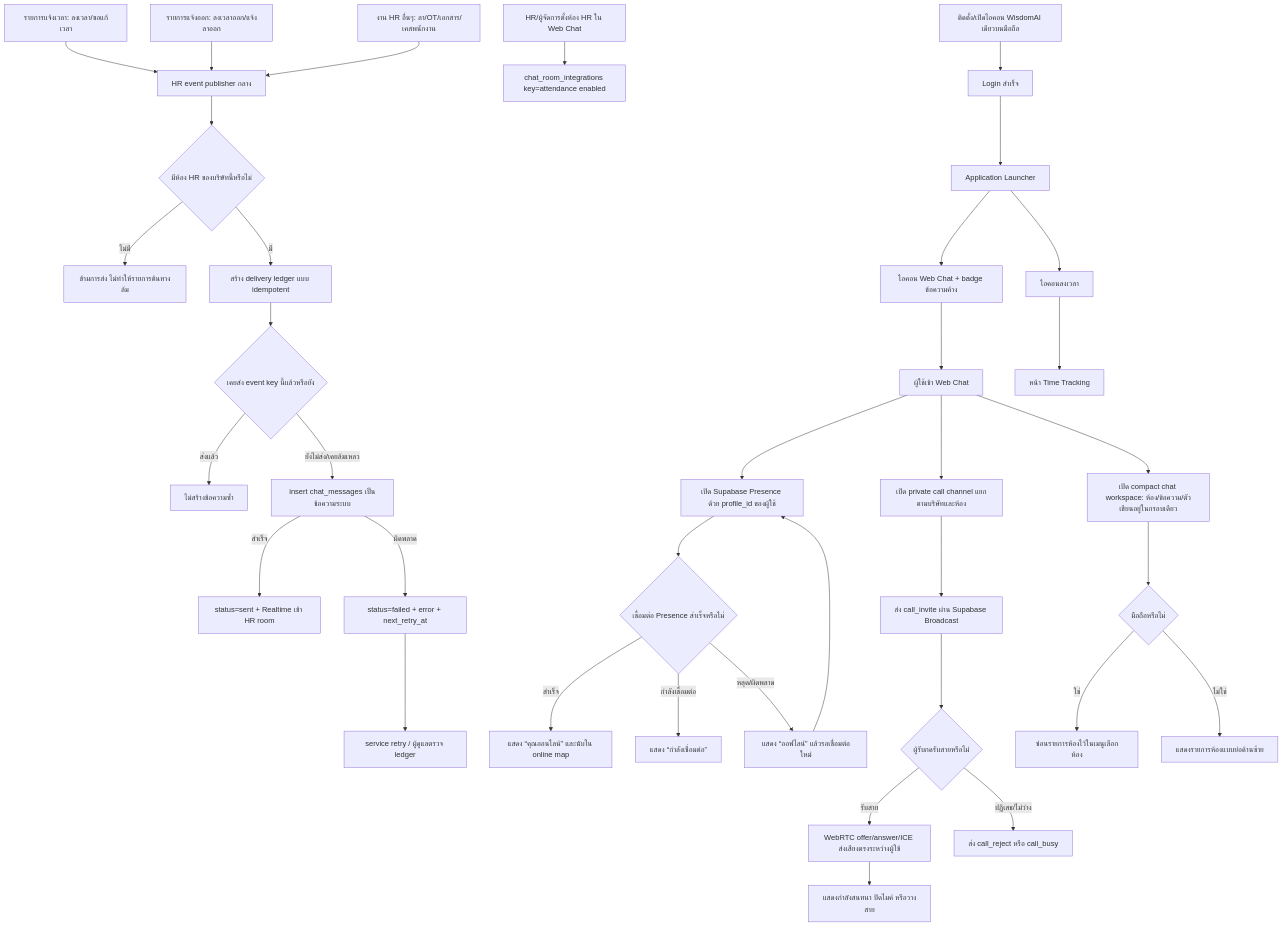
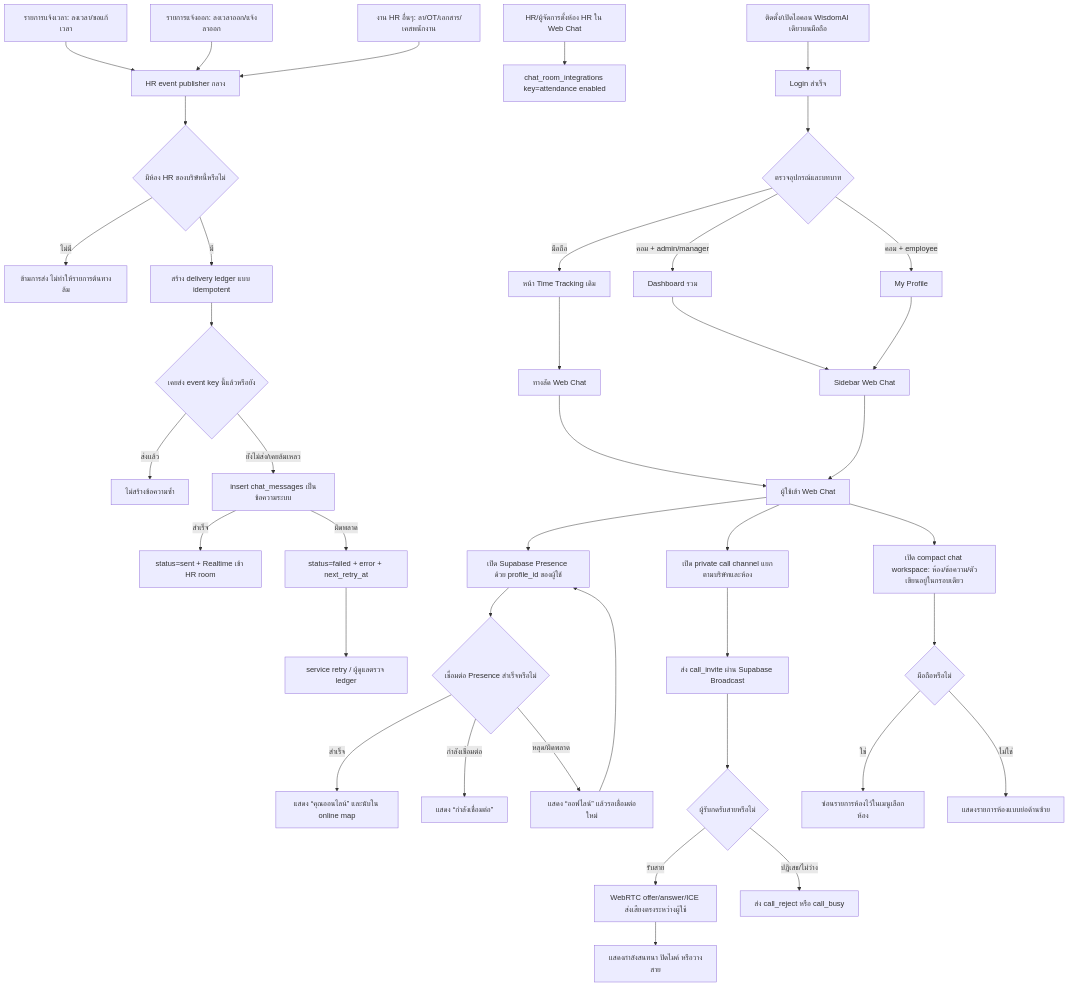
Before and after one commit to paramonjong-afk/WisdomAI: the first of 10 diagrams in docs/CHAT_ATTENDANCE_BRIDGE_FLOW.md, drawn with Mermaid. The commit also changed other lines of this file and 18 other files, not shown here.

Commit message:
fix: sync web chat attachment flow across hosts

````diff
--- a/docs/CHAT_ATTENDANCE_BRIDGE_FLOW.md
+++ b/docs/CHAT_ATTENDANCE_BRIDGE_FLOW.md
@@ -3,38 +3,42 @@
 ```mermaid
 flowchart TD
   M0[ติดตั้ง/เปิดไอคอน WisdomAI เดียวบนมือถือ] --> L0[Login สำเร็จ]
-  L0 --> L1[Application Launcher]
-  L1 --> L2[ไอคอน Web Chat + badge ข้อความค้าง]
-  L1 --> L3[ไอคอนลงเวลา]
-  L2 --> U[ผู้ใช้เข้า Web Chat]
-  L3 --> L4[หน้า Time Tracking]
+  L0 --> L1{ตรวจอุปกรณ์และบทบาท}
+  L1 -->|มือถือ| L2[หน้า Time Tracking เดิม]
+  L1 -->|คอม + admin/manager| L3[Dashboard รวม]
+  L1 -->|คอม + employee| L4[My Profile]
+  L2 --> L5[ทางลัด Web Chat]
+  L3 --> L6[Sidebar Web Chat]
+  L4 --> L6
+  L5 --> U[ผู้ใช้เข้า Web Chat]
+  L6 --> U
   A[HR/ผู้จัดการตั้งห้อง HR ใน Web Chat] --> B[chat_room_integrations key=attendance enabled]
   C1[รายการแจ้งเวลา: ลงเวลา/ขอแก้เวลา] --> D[HR event publisher กลาง]
   C2[รายการแจ้งออก: ลงเวลาออก/แจ้งลาออก] --> D
   C3[งาน HR อื่นๆ: ลา/OT/เอกสาร/เคสพนักงาน] --> D
   D --> E{มีห้อง HR ของบริษัทนี้หรือไม่}
   E -->|ไม่มี| F[ข้ามการส่ง ไม่ทำให้รายการต้นทางล้ม]
   E -->|มี| G[สร้าง delivery ledger แบบ idempotent]
   G --> H{เคยส่ง event key นี้แล้วหรือยัง}
   H -->|ส่งแล้ว| I[ไม่สร้างข้อความซ้ำ]
   H -->|ยังไม่ส่ง/เคยล้มเหลว| J[insert chat_messages เป็นข้อความระบบ]
   J -->|สำเร็จ| K[status=sent + Realtime เข้า HR room]
   J -->|ผิดพลาด| L[status=failed + error + next_retry_at]
   L --> M[service retry / ผู้ดูแลตรวจ ledger]
   U --> N[เปิด Supabase Presence ด้วย profile_id ของผู้ใช้]
   N --> O{เชื่อมต่อ Presence สำเร็จหรือไม่}
   O -->|สำเร็จ| P[แสดง “คุณออนไลน์” และนับใน online map]
   O -->|กำลังเชื่อมต่อ| Q[แสดง “กำลังเชื่อมต่อ”]
   O -->|หลุด/ผิดพลาด| R[แสดง “ออฟไลน์” แล้วรอเชื่อมต่อใหม่]
   R --> N
   U --> S[เปิด private call channel แยกตามบริษัทและห้อง]
   S --> T[ส่ง call_invite ผ่าน Supabase Broadcast]
   T --> V{ผู้รับกดรับสายหรือไม่}
   V -->|รับสาย| W[WebRTC offer/answer/ICE ส่งเสียงตรงระหว่างผู้ใช้]
   V -->|ปฏิเสธ/ไม่ว่าง| X[ส่ง call_reject หรือ call_busy]
   W --> Y[แสดงกำลังสนทนา ปิดไมค์ หรือวางสาย]
   U --> Z[เปิด compact chat workspace: ห้อง/ข้อความ/ตัวเขียนอยู่ในกรอบเดียว]
   Z --> AA{มือถือหรือไม่}
   AA -->|ใช่| AB[ซ่อนรายการห้องไว้ในเมนูเลือกห้อง]
   AA -->|ไม่ใช่| AC[แสดงรายการห้องแบบย่อด้านซ้าย]
 ```
````
